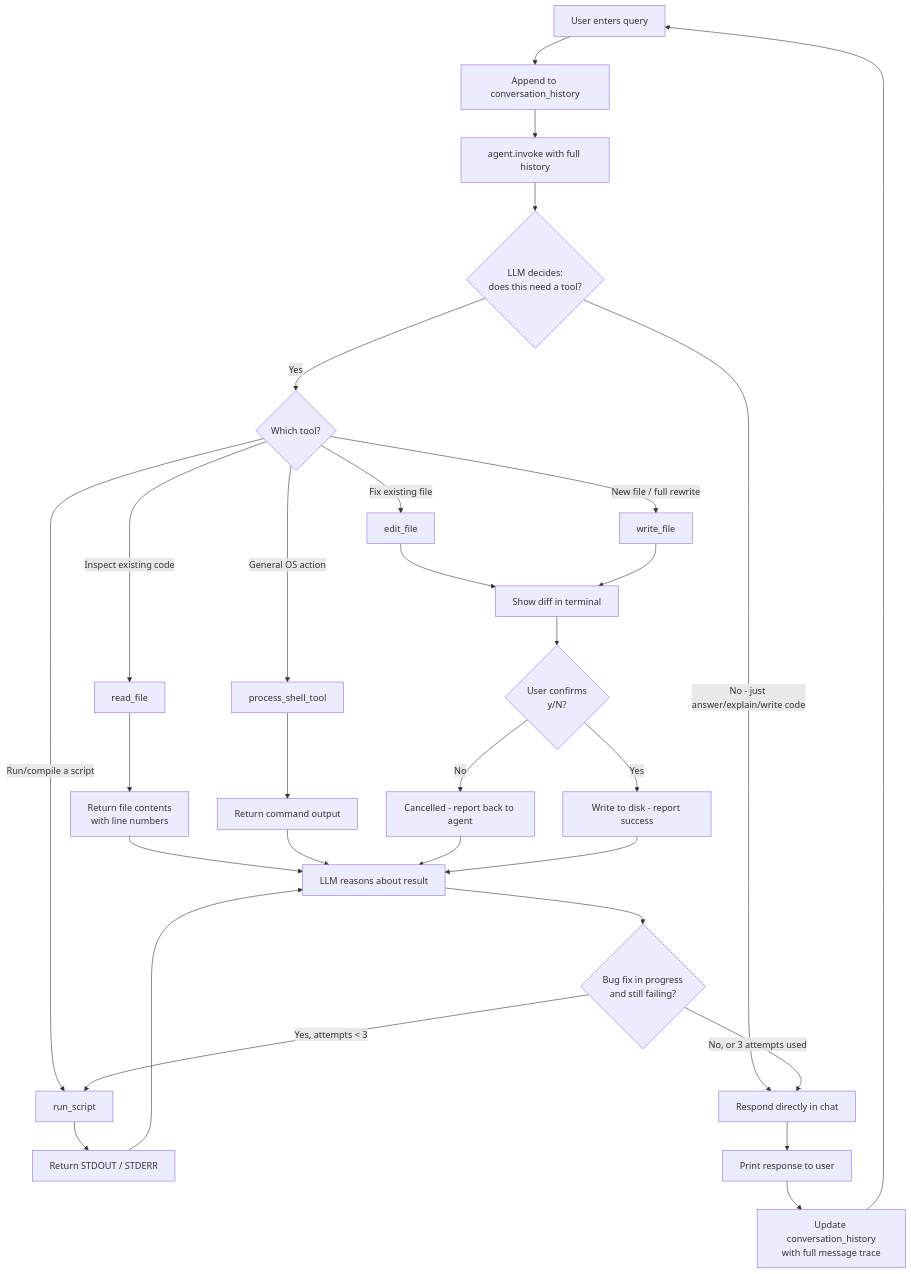
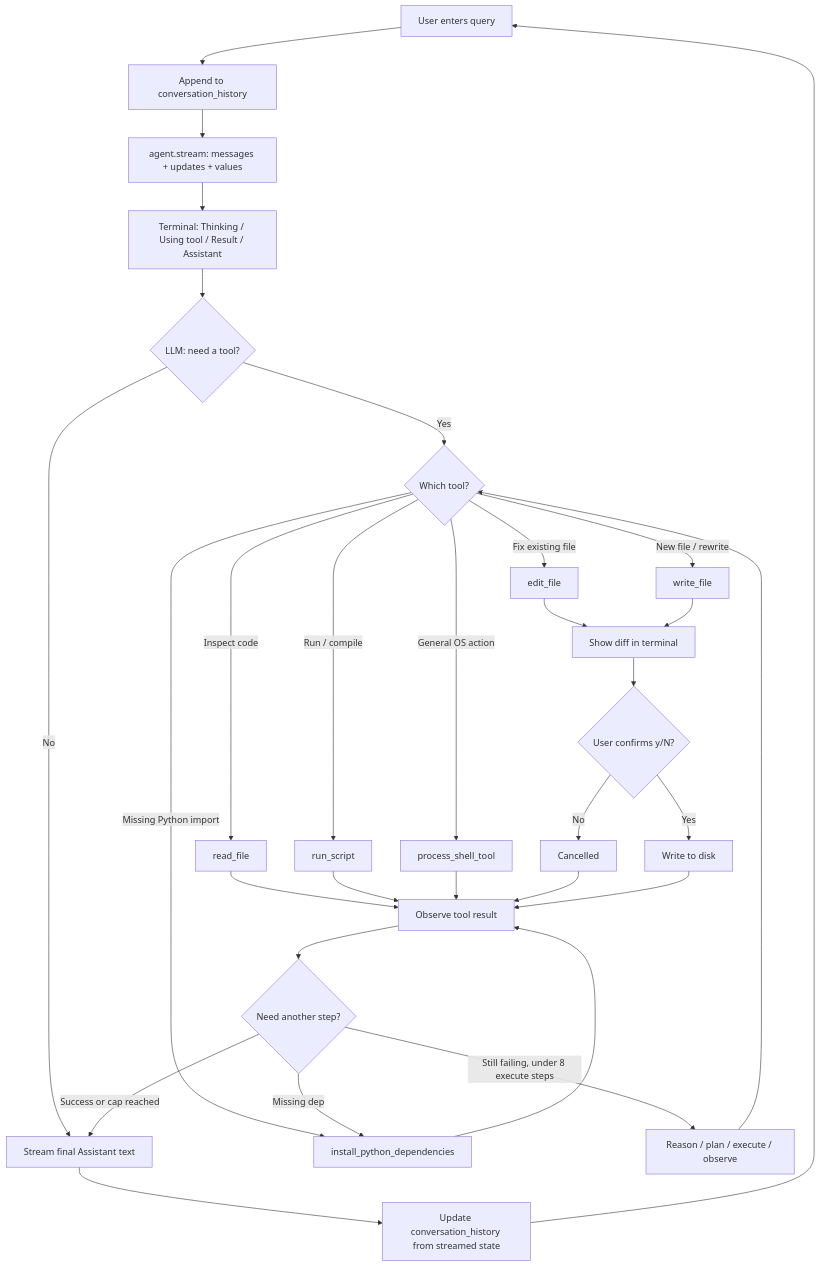
One commit to chiransiriwardhana/Agentic-AI-Dev changed the first of 2 diagrams in README.md. Above: the diagram before and after it, drawn with Mermaid. The commit also changed other lines of this file and 6 other files, not shown here.

Commit message:
Add streaming, thinking UI, and Python dependency installer

````diff
--- a/README.md
+++ b/README.md
@@ -7,40 +46,38 @@
 ```mermaid
 flowchart TD
     A[User enters query] --> B[Append to conversation_history]
-    B --> C[agent.invoke with full history]
-    C --> D{LLM decides:<br/>does this need a tool?}
+    B --> C[agent.stream: messages + updates + values]
+    C --> D[Terminal: Thinking / Using tool / Result / Assistant]
+    D --> E{LLM: need a tool?}
 
-    D -->|No - just answer/explain/write code| E[Respond directly in chat]
+    E -->|No| F[Stream final Assistant text]
+    E -->|Yes| G{Which tool?}
 
-    D -->|Yes| F{Which tool?}
+    G -->|Inspect code| H[read_file]
+    G -->|Run / compile| I[run_script]
+    G -->|Missing Python import| J[install_python_dependencies]
+    G -->|Fix existing file| K[edit_file]
+    G -->|New file / rewrite| L[write_file]
+    G -->|General OS action| M[process_shell_tool]
 
-    F -->|Inspect existing code| G[read_file]
-    F -->|Run/compile a script| H[run_script]
-    F -->|Fix existing file| I[edit_file]
-    F -->|New file / full rewrite| J[write_file]
-    F -->|General OS action| K[process_shell_tool]
+    H --> N[Observe tool result]
+    I --> N
+    J --> N
+    M --> N
+    K --> O[Show diff in terminal]
+    L --> O
+    O --> P{User confirms y/N?}
+    P -->|No| Q[Cancelled]
+    P -->|Yes| R[Write to disk]
+    Q --> N
+    R --> N
 
-    G --> L[Return file contents<br/>with line numbers]
-    H --> M[Return STDOUT / STDERR]
-    K --> N[Return command output]
+    N --> S{Need another step?}
+    S -->|Missing dep| J
+    S -->|Still failing, under 8 execute steps| T[Reason / plan / execute / observe]
+    T --> G
+    S -->|Success or cap reached| F
 
-    I --> O[Show diff in terminal]
-    J --> O
-    O --> P{User confirms<br/>y/N?}
-    P -->|No| Q[Cancelled - report back to agent]
-    P -->|Yes| R[Write to disk - report success]
-
-    L --> S[LLM reasons about result]
-    M --> S
-    N --> S
-    Q --> S
-    R --> S
-
-    S --> T{Bug fix in progress<br/>and still failing?}
-    T -->|Yes, attempts < 3| H
-    T -->|No, or 3 attempts used| E
-
-    E --> U[Print response to user]
-    U --> V[Update conversation_history<br/>with full message trace]
-    V --> A
+    F --> U[Update conversation_history from streamed state]
+    U --> A
 ```
````
